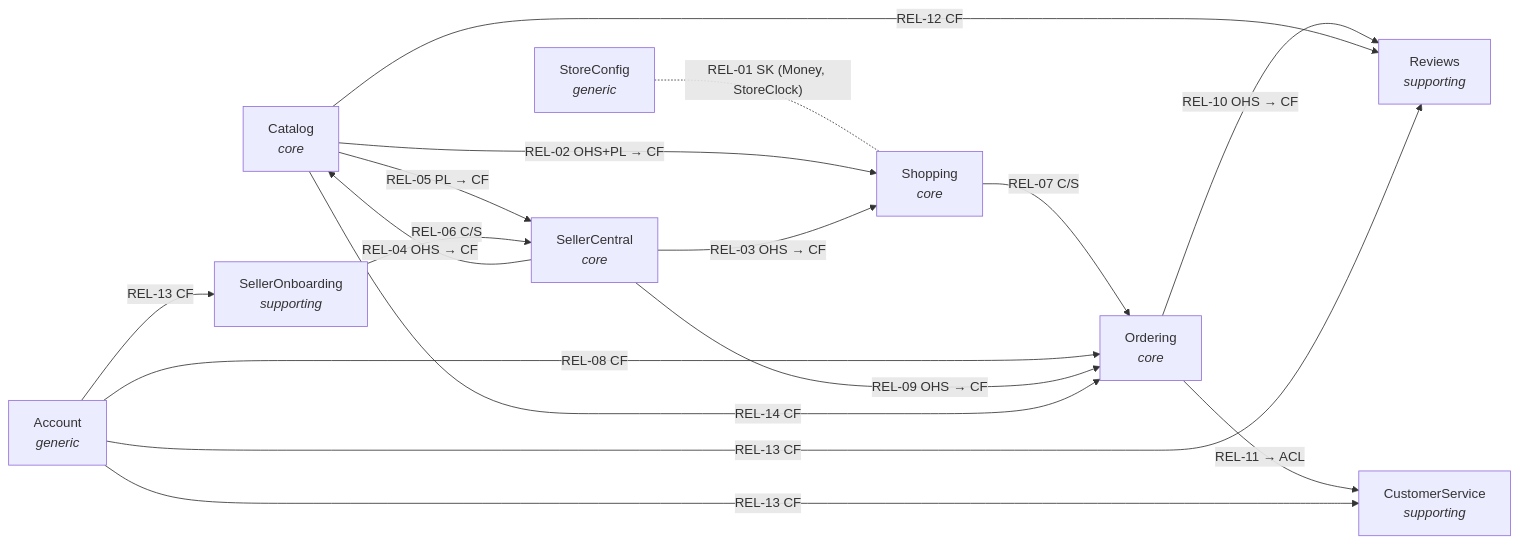
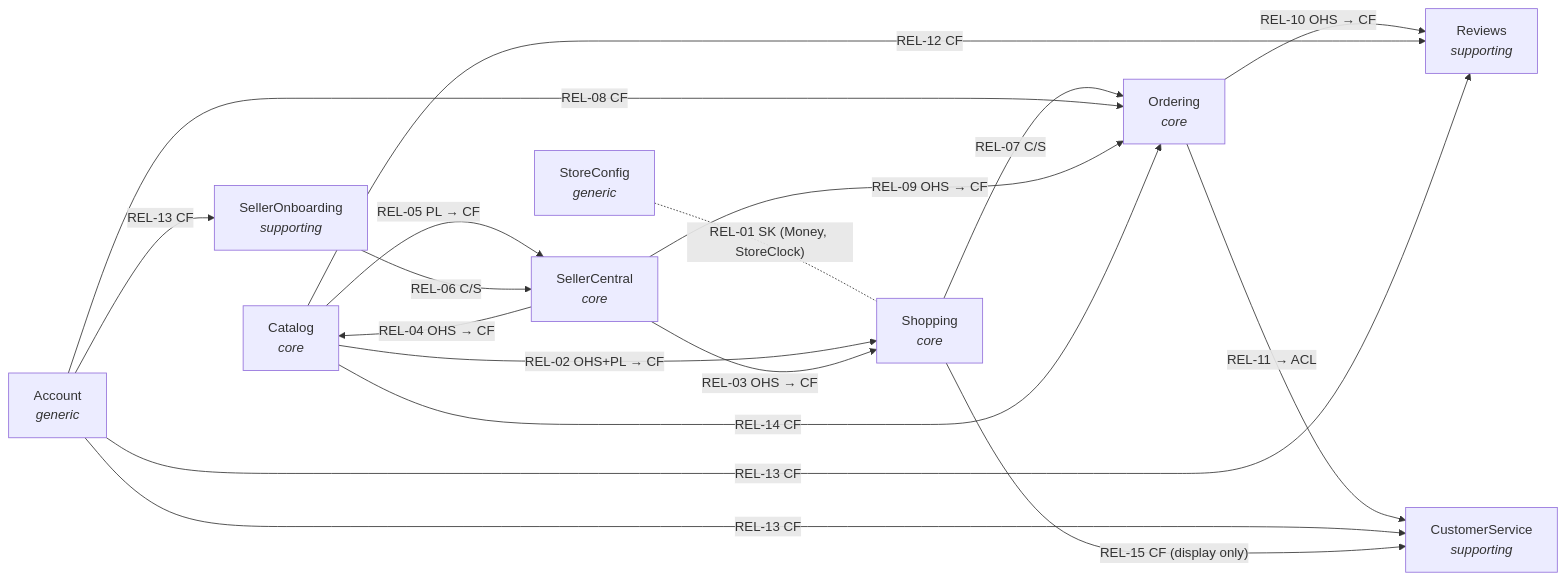
The diagram in example/hex-commerce/ontology/02-context-map/context-map.md (codefinity/ontology-template-ai-engineering), drawn with Mermaid before and after one commit. The commit also changed other lines of this file and 84 other files, not shown here.

````diff
--- a/example/hex-commerce/ontology/02-context-map/context-map.md
+++ b/example/hex-commerce/ontology/02-context-map/context-map.md
@@ -17,29 +17,30 @@
 ```mermaid
 flowchart LR
     StoreConfig["StoreConfig<br/><i>generic</i>"]
     Catalog["Catalog<br/><i>core</i>"]
     SellerOnboarding["SellerOnboarding<br/><i>supporting</i>"]
     SellerCentral["SellerCentral<br/><i>core</i>"]
     Shopping["Shopping<br/><i>core</i>"]
     Account["Account<br/><i>generic</i>"]
     Ordering["Ordering<br/><i>core</i>"]
     Reviews["Reviews<br/><i>supporting</i>"]
     CustomerService["CustomerService<br/><i>supporting</i>"]
 
     StoreConfig -.-|"REL-01 SK (Money, StoreClock)"| Shopping
     Catalog -->|"REL-02 OHS+PL → CF"| Shopping
     SellerCentral -->|"REL-03 OHS → CF"| Shopping
     SellerCentral -->|"REL-04 OHS → CF"| Catalog
     Catalog -->|"REL-05 PL → CF"| SellerCentral
     SellerOnboarding -->|"REL-06 C/S"| SellerCentral
     Shopping -->|"REL-07 C/S"| Ordering
     Account -->|"REL-08 CF"| Ordering
     SellerCentral -->|"REL-09 OHS → CF"| Ordering
     Ordering -->|"REL-10 OHS → CF"| Reviews
     Ordering -->|"REL-11 → ACL"| CustomerService
     Catalog -->|"REL-12 CF"| Reviews
     Account -->|"REL-13 CF"| CustomerService
     Account -->|"REL-13 CF"| Reviews
     Account -->|"REL-13 CF"| SellerOnboarding
     Catalog -->|"REL-14 CF"| Ordering
+    Shopping -->|"REL-15 CF (display only)"| CustomerService
 ```
````
